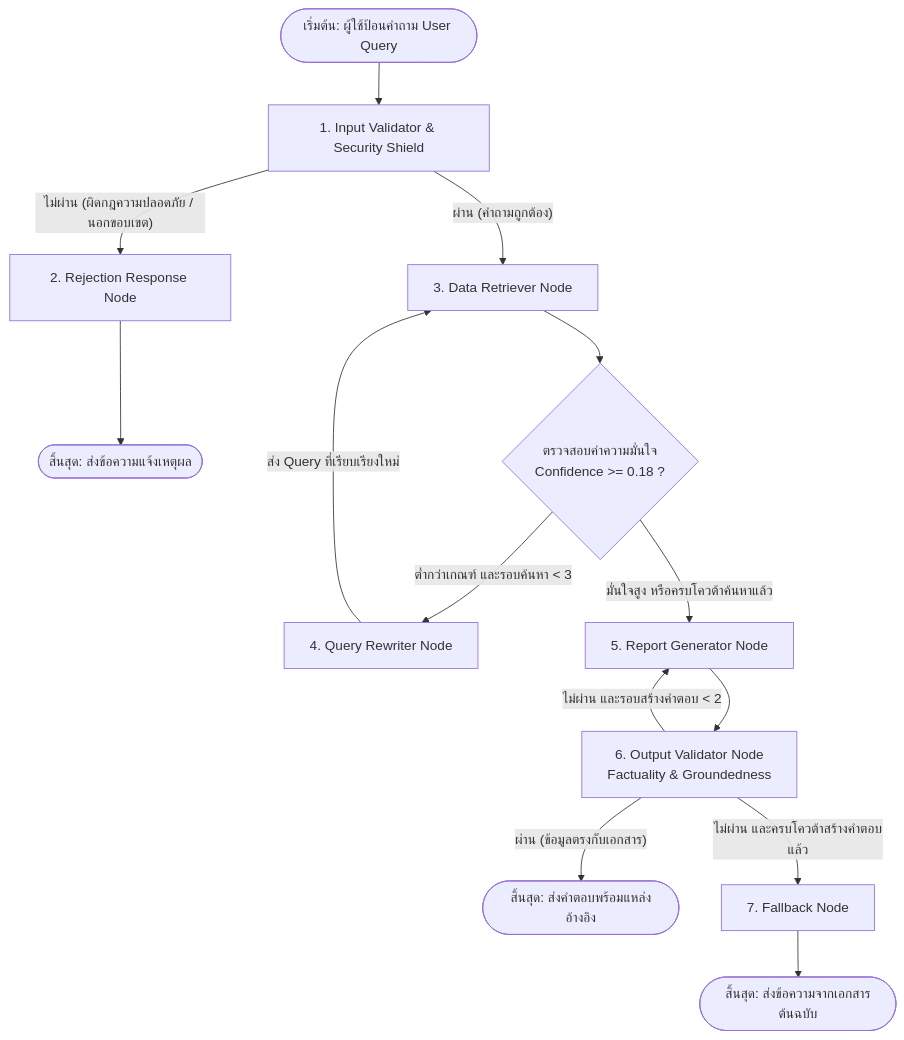
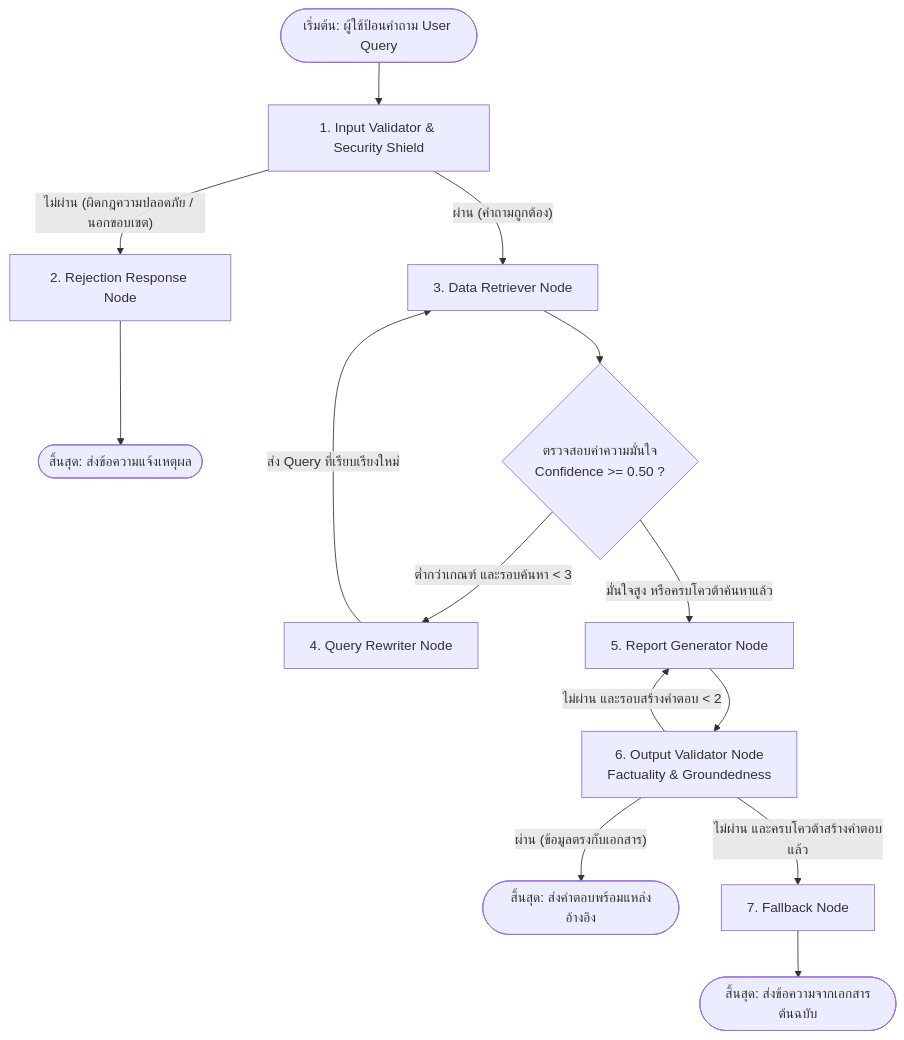
The first of 2 diagrams in explain_sys.md (Name-RT/AI_engineer_Test_BBL), drawn with Mermaid before and after one commit. The commit also changed other lines of this file and 9 other files, not shown here.

````diff
--- a/explain_sys.md
+++ b/explain_sys.md
@@ -32,25 +32,25 @@
 ```mermaid
 graph TD
     START([เริ่มต้น: ผู้ใช้ป้อนคำถาม User Query]) --> IV[1. Input Validator & Security Shield]
     
     IV --> |"ไม่ผ่าน (ผิดกฎความปลอดภัย / นอกขอบเขต)"| RR[2. Rejection Response Node]
     RR --> END_REJECT([สิ้นสุด: ส่งข้อความแจ้งเหตุผล])
     
     IV --> |"ผ่าน (คำถามถูกต้อง)"| RET[3. Data Retriever Node]
     
-    RET --> RC{ตรวจสอบค่าความมั่นใจ<br/>Confidence >= 0.18 ?}
+    RET --> RC{ตรวจสอบค่าความมั่นใจ<br/>Confidence >= 0.50 ?}
     
     RC --> |"ต่ำกว่าเกณฑ์ และรอบค้นหา < 3"| QR[4. Query Rewriter Node]
     QR --> |"ส่ง Query ที่เรียบเรียงใหม่"| RET
     
     RC --> |"มั่นใจสูง หรือครบโควต้าค้นหาแล้ว"| GEN[5. Report Generator Node]
     
     GEN --> OV[6. Output Validator Node<br/>Factuality & Groundedness]
     
     OV --> |"ผ่าน (ข้อมูลตรงกับเอกสาร)"| END_SUCCESS([สิ้นสุด: ส่งคำตอบพร้อมแหล่งอ้างอิง])
     
     OV --> |"ไม่ผ่าน และรอบสร้างคำตอบ < 2"| GEN
     
     OV --> |"ไม่ผ่าน และครบโควต้าสร้างคำตอบแล้ว"| FB[7. Fallback Node]
     FB --> END_FALLBACK([สิ้นสุด: ส่งข้อความจากเอกสารต้นฉบับ])
 ```
````
